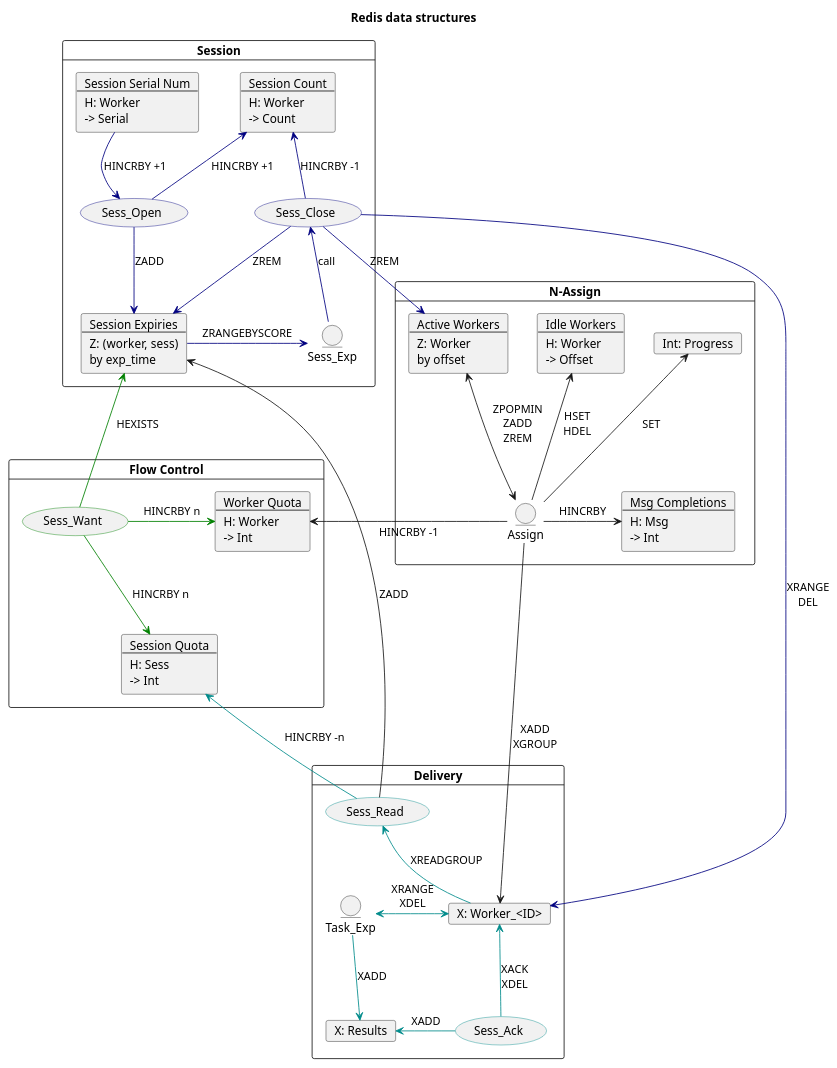
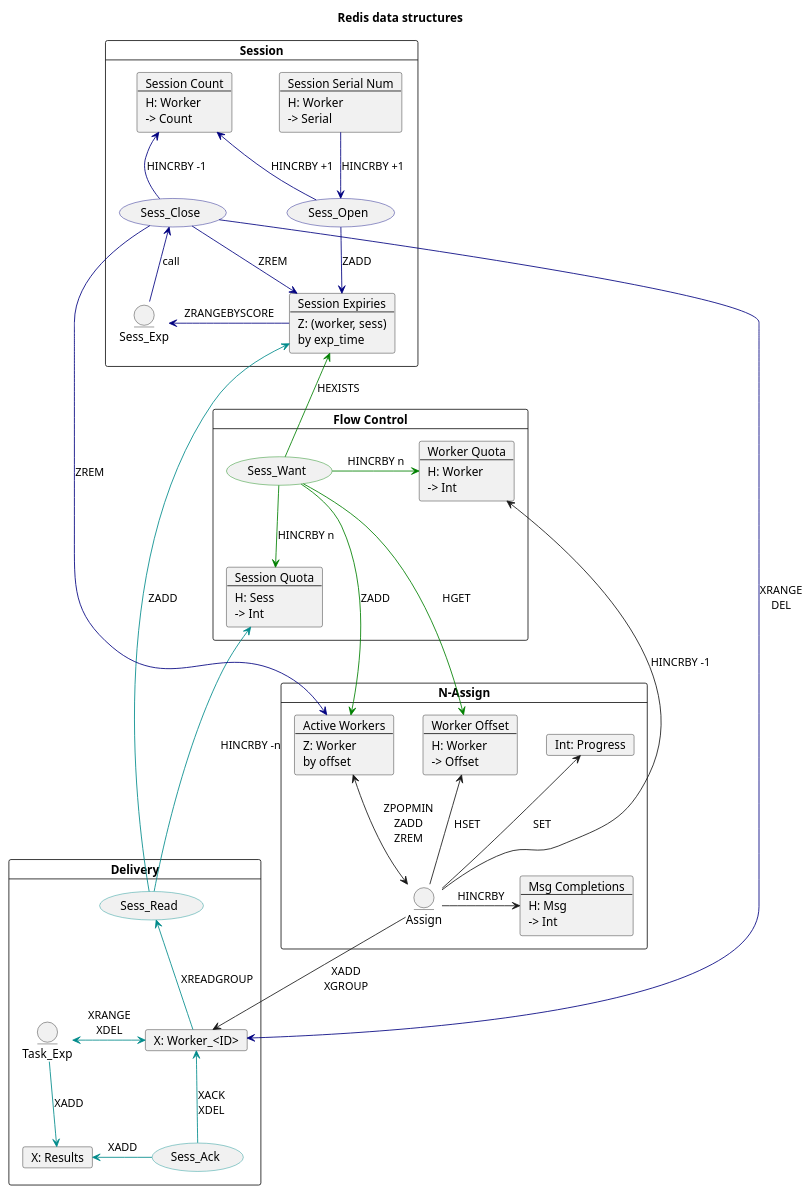
One commit to od2/hive changed the diagram in docs/redis_keys.puml. Above: the diagram before and after it, drawn with PlantUML. The commit also changed 7 other files, not shown here.

```diff
--- a/docs/redis_keys.puml
+++ b/docs/redis_keys.puml
@@ -1,126 +1,128 @@
 @startuml
 
 title Redis data structures
 
 hide stereotype
 skinparam usecase {
   BorderColor<<Session>> Navy
   BorderColor<<Flow>> Green
   BorderColor<<Deliver>> DarkCyan
 }
 
 card Session {
   card H_Sess_Serial [
     Session Serial Num
     ---
     H: Worker
     -> Serial
   ]
   card H_Sess_Count [
     Session Count
     ---
     H: Worker
     -> Count
   ]
   card Z_Sess_Exp [
     Session Expiries
     ---
     Z: (worker, sess)
     by exp_time
   ]
 
   usecase Sess_Open <<Session>>
   usecase Sess_Close <<Session>>
   entity Sess_Exp <<Session>>
 
   H_Sess_Serial --[#Navy]> Sess_Open: HINCRBY +1
   H_Sess_Count <-[#Navy]- Sess_Open: HINCRBY +1
   Sess_Open -[#Navy]> Z_Sess_Exp: ZADD
   Sess_Close -[#Navy]> Z_Sess_Exp: ZREM
   H_Sess_Count <-[#Navy]- Sess_Close: HINCRBY -1
   Sess_Exp <-[#Navy] Z_Sess_Exp: ZRANGEBYSCORE
   Sess_Close <-[#Navy]- Sess_Exp: call
 }
 
 card "Flow Control" {
   card H_Sess_Quota [
     Session Quota
     ---
     H: Sess
     -> Int
   ]
   card H_Worker_Quota [
     Worker Quota
     ---
     H: Worker
     -> Int
   ]
 
   usecase Sess_Want <<Flow>>
 
   Sess_Want --[#Green]> H_Sess_Quota: HINCRBY n
   Sess_Want -[#Green]> H_Worker_Quota: HINCRBY n
 }
 
 card "N-Assign" as NAssign {
   card "Int: Progress" as INT_Progress
   card H_Msg_Count [
     Msg Completions
     ---
     H: Msg
     -> Int
   ]
   card Z_Worker_Offset [
     Active Workers
     ---
     Z: Worker
     by offset
   ]
   card H_Worker_Offset [
-    Idle Workers
+    Worker Offset
     ---
     H: Worker
     -> Offset
   ]
 
   entity Assign
 
   Assign -> H_Msg_Count: HINCRBY
   Z_Worker_Offset <--> Assign: ZPOPMIN\nZADD\nZREM
-  H_Worker_Offset <-- Assign: HSET\nHDEL
+  H_Worker_Offset <-- Assign: HSET
   INT_Progress <-- Assign : SET
 
   Z_Worker_Offset -[hidden]> H_Worker_Offset
   H_Worker_Offset -[hidden]> INT_Progress
 }
 
 card Delivery {
   card "X: Worker_<ID>" as X_Worker
   card "X: Results" as X_Results
 
   usecase Sess_Read <<Deliver>>
   entity Task_Exp <<Deliver>>
   usecase Sess_Ack <<Deliver>>
 
   Sess_Read <-[#DarkCyan]- X_Worker: XREADGROUP
   X_Worker <-[#DarkCyan]> Task_Exp : XRANGE\nXDEL
   Task_Exp -[#DarkCyan]-> X_Results: XADD
   X_Worker <-[#DarkCyan] Sess_Ack: XACK\nXDEL
   Sess_Ack -[#DarkCyan]> X_Results: XADD
   Sess_Read -[hidden]-> Task_Exp
   Task_Exp -[hidden]-> Sess_Ack
 }
 
 Z_Sess_Exp <-[#Green]- Sess_Want: HEXISTS
+Sess_Want ---[#Green]> H_Worker_Offset: HGET
+Sess_Want ---[#Green]> Z_Worker_Offset: ZADD
 
 Assign --> X_Worker: XADD\nXGROUP
 H_Worker_Quota <- Assign: HINCRBY -1
-Z_Sess_Exp <-- Sess_Read: ZADD
+Z_Sess_Exp <-[#DarkCyan]- Sess_Read: ZADD
 
 H_Sess_Quota <-[#DarkCyan]- Sess_Read: HINCRBY -n
 
 Sess_Close -[#Navy]> Z_Worker_Offset: ZREM
 
 Sess_Close -[#Navy]> X_Worker: XRANGE\nDEL
 
 @enduml
```
